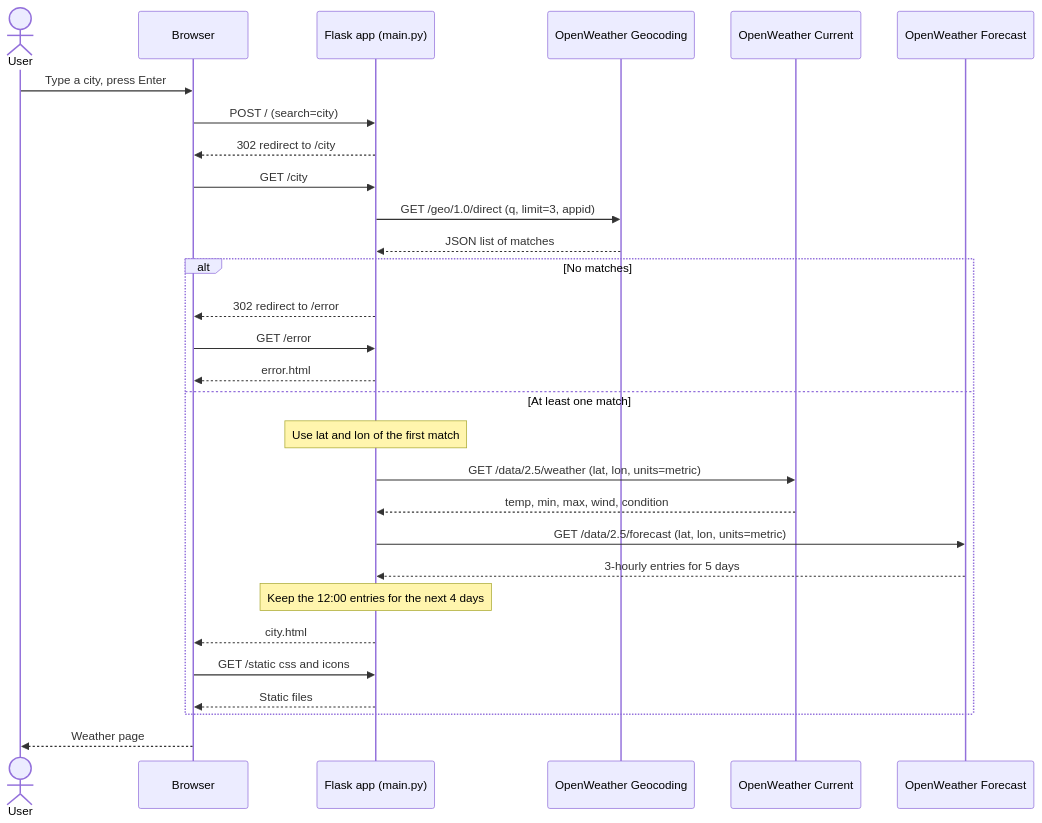
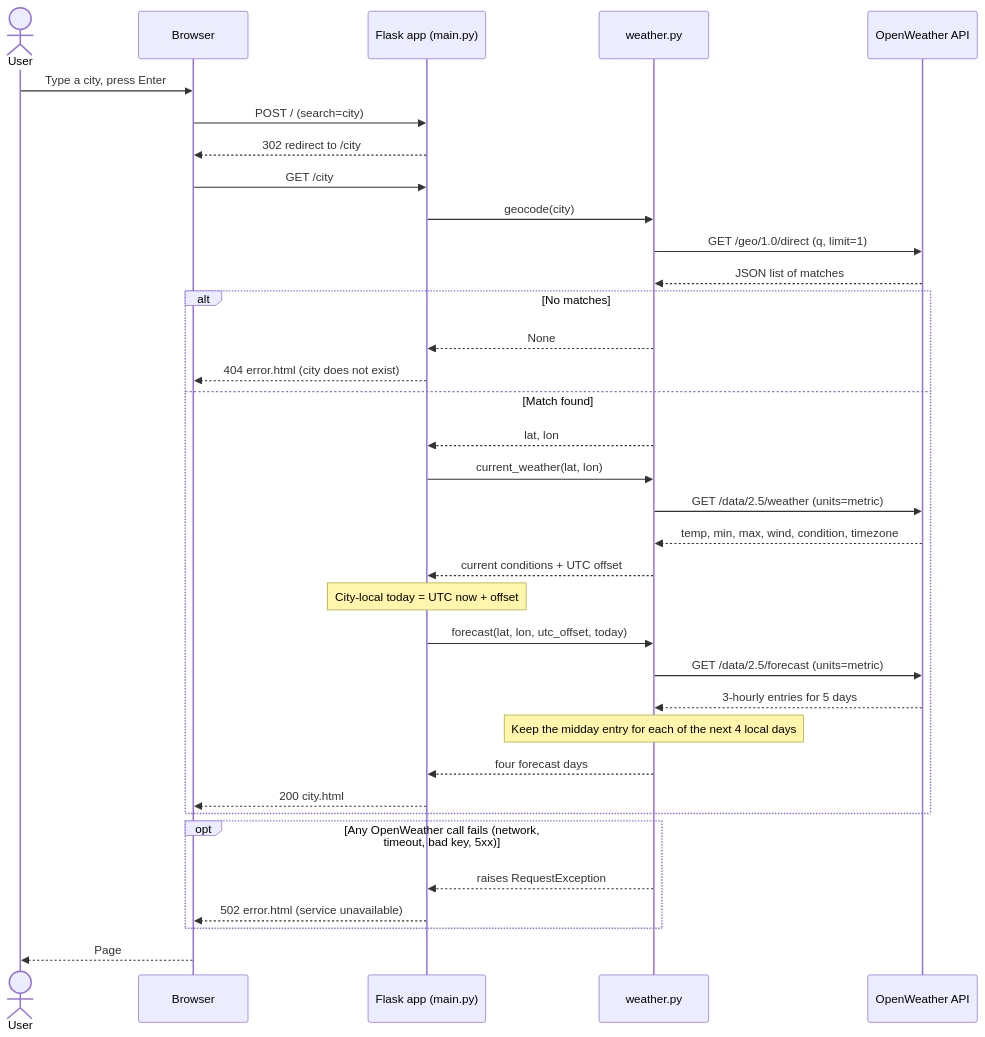
Before and after one commit to kousen/claude-code-training: the second of 3 diagrams in exercises/python/weather-app/docs/architecture.md, drawn with Mermaid. The commit also changed other lines of this file and 8 other files, not shown here.

First line of the commit message:
weather-app: split OpenWeather client, share a base template

````diff
--- a/exercises/python/weather-app/docs/architecture.md
+++ b/exercises/python/weather-app/docs/architecture.md
@@ -58,35 +72,42 @@
 ```mermaid
 sequenceDiagram
     actor User
     participant Browser
     participant Flask as Flask app (main.py)
-    participant Geo as OpenWeather Geocoding
-    participant Current as OpenWeather Current
-    participant Forecast as OpenWeather Forecast
+    participant Client as weather.py
+    participant OWM as OpenWeather API
 
     User->>Browser: Type a city, press Enter
     Browser->>Flask: POST / (search=city)
     Flask-->>Browser: 302 redirect to /city
     Browser->>Flask: GET /city
 
-    Flask->>Geo: GET /geo/1.0/direct (q, limit=3, appid)
-    Geo-->>Flask: JSON list of matches
+    Flask->>Client: geocode(city)
+    Client->>OWM: GET /geo/1.0/direct (q, limit=1)
+    OWM-->>Client: JSON list of matches
 
     alt No matches
-        Flask-->>Browser: 302 redirect to /error
-        Browser->>Flask: GET /error
-        Flask-->>Browser: error.html
-    else At least one match
-        Note over Flask: Use lat and lon of the first match
-        Flask->>Current: GET /data/2.5/weather (lat, lon, units=metric)
-        Current-->>Flask: temp, min, max, wind, condition
-        Flask->>Forecast: GET /data/2.5/forecast (lat, lon, units=metric)
-        Forecast-->>Flask: 3-hourly entries for 5 days
-        Note over Flask: Keep the 12:00 entries for the next 4 days
-        Flask-->>Browser: city.html
-        Browser->>Flask: GET /static css and icons
-        Flask-->>Browser: Static files
+        Client-->>Flask: None
+        Flask-->>Browser: 404 error.html (city does not exist)
+    else Match found
+        Client-->>Flask: lat, lon
+        Flask->>Client: current_weather(lat, lon)
+        Client->>OWM: GET /data/2.5/weather (units=metric)
+        OWM-->>Client: temp, min, max, wind, condition, timezone
+        Client-->>Flask: current conditions + UTC offset
+        Note over Flask: City-local today = UTC now + offset
+        Flask->>Client: forecast(lat, lon, utc_offset, today)
+        Client->>OWM: GET /data/2.5/forecast (units=metric)
+        OWM-->>Client: 3-hourly entries for 5 days
+        Note over Client: Keep the midday entry for each of the next 4 local days
+        Client-->>Flask: four forecast days
+        Flask-->>Browser: 200 city.html
     end
 
-    Browser-->>User: Weather page
+    opt Any OpenWeather call fails (network, timeout, bad key, 5xx)
+        Client-->>Flask: raises RequestException
+        Flask-->>Browser: 502 error.html (service unavailable)
+    end
+
+    Browser-->>User: Page
 ```
````
